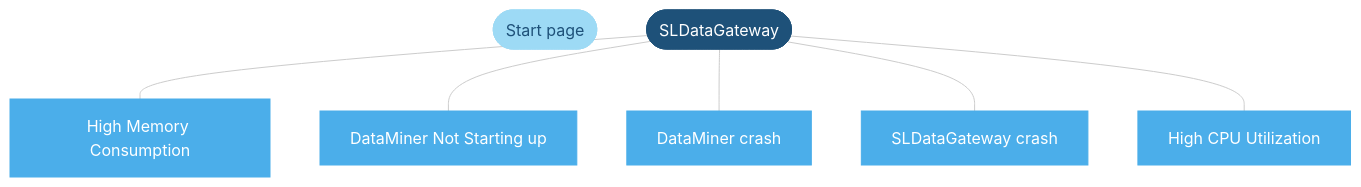
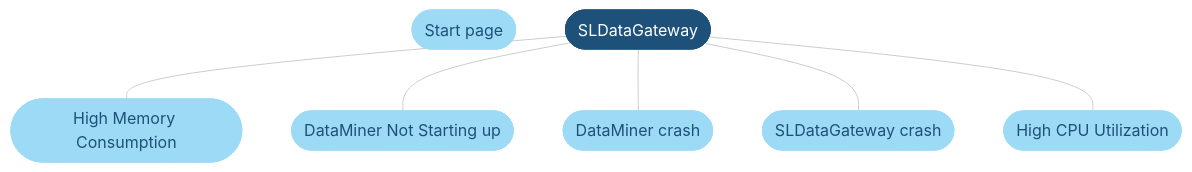
One commit to SkylineCommunications/dataminer-docs changed the first of 5 diagrams in user-guide/Troubleshooting/Troubleshooting_Flowcharts/Troubleshooting_Process_Identification/Database_processes/Troubleshooting_SLDataGateway_exe.md. Above: the diagram before and after it, drawn with Mermaid. The commit also changed other lines of this file and 18 other files, not shown here.

```diff
--- a/user-guide/Troubleshooting/Troubleshooting_Flowcharts/Troubleshooting_Process_Identification/Database_processes/Troubleshooting_SLDataGateway_exe.md
+++ b/user-guide/Troubleshooting/Troubleshooting_Flowcharts/Troubleshooting_Process_Identification/Database_processes/Troubleshooting_SLDataGateway_exe.md
@@ -18,45 +18,45 @@
 <div class="mermaid">
 flowchart TD
 %% -------------------------------------------------------------------------
 %% Cassandra flowchart - Nodetool Status
 %% -------------------------------------------------------------------------
 %% -------------------------------------------------------------------------
 %% Define styles
 %% -------------------------------------------------------------------------
 linkStyle default stroke:#cccccc
 classDef classAction fill:#dddddd,stroke:#dddddd,color:#1E5179,stroke-width:1px;
 classDef classActionClickable fill:#999999,stroke:#999999,color:#ffffff,stroke-width:1px;
 classDef classDecision fill:#4baeea,stroke:#4baeea,color:#ffffff,stroke-width:1px;
 classDef classExternalRef fill:#9ddaf5,stroke:#9ddaf5,color:#1E5179,stroke-width:1px;
 classDef classSolution fill:#58595b,stroke:#58595b,color:#ffffff,stroke-width:1px;
 classDef classTerminal fill:#1e5179,stroke:#1e5179,color:#ffffff,stroke-width:1px;
 %% -------------------------------------------------------------------------
 %% flowchart structure
 %% -------------------------------------------------------------------------
 HOME([Start page]):::classExternalRef
 START([SLDataGateway]):::classTerminal
-Action_HighMemory[High Memory Consumption]:::classDecision
-Action_DataMinerNotStarting[DataMiner Not Starting up]:::classDecision
-Action_DataMinerCrash[DataMiner crash]:::classDecision
-Action_SLDataGatewayCrash[SLDataGateway crash]:::classDecision
-Action_HighCPUUtilization[High CPU Utilization]:::classDecision
+Action_HighMemory([High Memory Consumption]):::classExternalRef
+Action_DataMinerNotStarting([DataMiner Not Starting up]):::classExternalRef
+Action_DataMinerCrash([DataMiner crash]):::classExternalRef
+Action_SLDataGatewayCrash([SLDataGateway crash]):::classExternalRef
+Action_HighCPUUtilization([High CPU Utilization]):::classExternalRef
     START --- Action_HighMemory
     START --- Action_DataMinerNotStarting
     START --- Action_DataMinerCrash
     START --- Action_SLDataGatewayCrash
     START --- Action_HighCPUUtilization
 %% -------------------------------------------------------------------------
 %% all blocks terminating at a common End?
 %% -------------------------------------------------------------------------
 %% -------------------------------------------------------------------------
 %% Define hyperlinks %%
 %% -------------------------------------------------------------------------
 click HOME "https://docs.dataminer.services/user-guide/Troubleshooting/Troubleshooting_Flowcharts/Finding_a_Root_Cause.html"
 click Action_HighMemory "#option-1-high-memory-consumption"
 click Action_DataMinerNotStarting "#option-2-dataminer-not-starting-up"
 click Action_DataMinerCrash "#option-3-dataminer-crash"
 click Action_SLDataGatewayCrash "#option-4-sldatagateway-crash"
 %% -------------------------------------------------------------------------
 %% Apply styles to blocks
 %% -------------------------------------------------------------------------
 </div>
```
